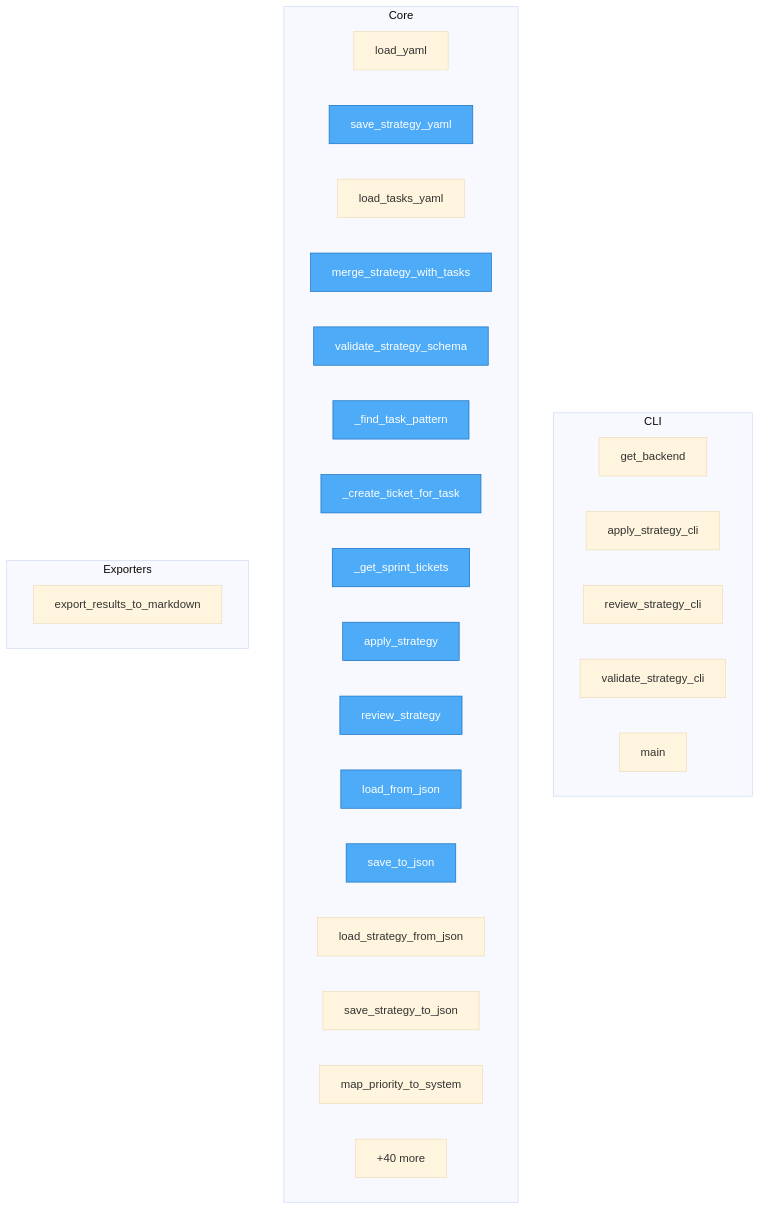
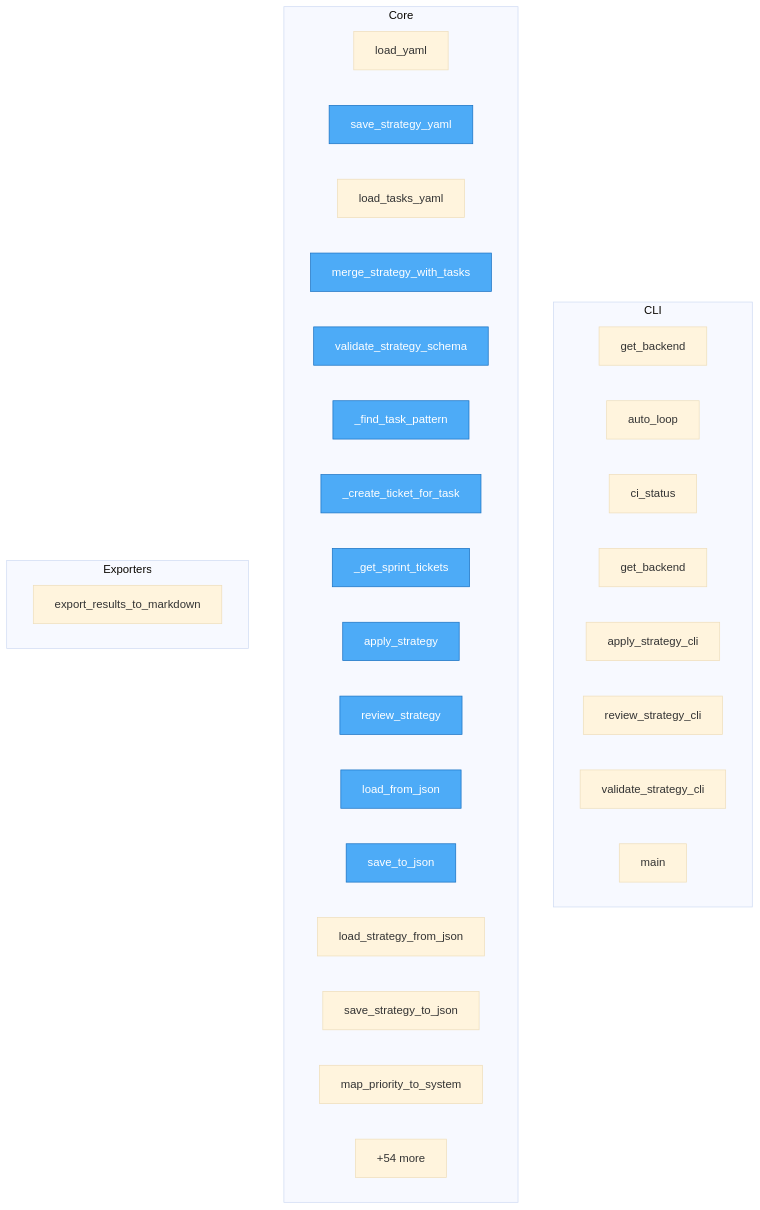
The diagram in project/flow.mmd (semcod/planfile), drawn with Mermaid (base theme) before and after one commit. The commit also changed 51 other files, not shown here.

```diff
--- a/project/flow.mmd
+++ b/project/flow.mmd
@@ -1,37 +1,40 @@
 flowchart TD
 
     %% Entry points (blue)
     classDef entry fill:#4dabf7,stroke:#1971c2,color:#fff
 
     subgraph CLI
+        strategy__cli__auto_loop__get_backend["get_backend"]
+        strategy__cli__auto_loop__auto_loop["auto_loop"]
+        strategy__cli__auto_loop__ci_status["ci_status"]
         strategy__cli__commands__get_backend["get_backend"]
         strategy__cli__commands__apply_strategy_cli["apply_strategy_cli"]
         strategy__cli__commands__review_strategy_cli["review_strategy_cli"]
         strategy__cli__commands__validate_strategy_cli["validate_strategy_cli"]
         strategy__cli__commands__main["main"]
     end
 
     subgraph Core
         strategy__loaders__yaml_loader__load_yaml["load_yaml"]
         strategy__loaders__yaml_loader__save_strategy_yaml["save_strategy_yaml"]
         strategy__loaders__yaml_loader__load_tasks_yaml["load_tasks_yaml"]
         strategy__loaders__yaml_loader__merge_strategy_with_tasks["merge_strategy_with_tasks"]
         strategy__loaders__yaml_loader__validate_strategy_schema["validate_strategy_schema"]
         strategy__runner__StrategyRunner___find_task_pattern["_find_task_pattern"]
         strategy__runner__StrategyRunner___create_ticket_for_task["_create_ticket_for_task"]
         strategy__runner__StrategyRunner___get_sprint_tickets["_get_sprint_tickets"]
         strategy__runner__apply_strategy["apply_strategy"]
         strategy__runner__review_strategy["review_strategy"]
         strategy__loaders__cli_loader__load_from_json["load_from_json"]
         strategy__loaders__cli_loader__save_to_json["save_to_json"]
         strategy__loaders__cli_loader__load_strategy_from_json["load_strategy_from_json"]
         strategy__loaders__cli_loader__save_strategy_to_json["save_strategy_to_json"]
         strategy__utils__priorities__map_priority_to_system["map_priority_to_system"]
-        ...["+40 more"]
+        ...["+54 more"]
     end
 
     subgraph Exporters
         strategy__loaders__cli_loader__export_results_to_markdown["export_results_to_markdown"]
     end
 
     class strategy__loaders__yaml_loader__save_strategy_yaml,strategy__loaders__yaml_loader__merge_strategy_with_tasks,strategy__loaders__yaml_loader__validate_strategy_schema,strategy__runner__StrategyRunner___find_task_pattern,strategy__runner__StrategyRunner___create_ticket_for_task,strategy__runner__StrategyRunner___get_sprint_tickets,strategy__runner__apply_strategy,strategy__runner__review_strategy,strategy__loaders__cli_loader__load_from_json,strategy__loaders__cli_loader__save_to_json entry
```
